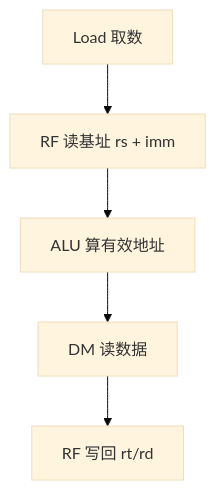
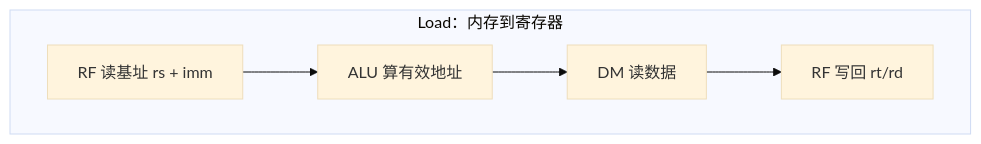
The second of 7 diagrams in guides/计组-课件05-学习指南.md (SummerS-tars/jizu-course-guides), drawn with Mermaid (base theme) before and after one commit. The commit also changed other lines of this file, not shown here.

Commit message:
docs(计组): 修正课件05数据流图子图布局

````diff
--- a/guides/计组-课件05-学习指南.md
+++ b/guides/计组-课件05-学习指南.md
@@ -118,7 +119,8 @@
 ```mermaid
 flowchart TB
-  L0["Load 取数"] --> L1["RF 读基址 rs + imm"]
-  L1 --> ALU2["ALU 算有效地址"]
-  ALU2 --> DM["DM 读数据"]
-  DM --> WB2["RF 写回 rt/rd"]
+  subgraph Load["Load：内存到寄存器"]
+    L1["RF 读基址 rs + imm"] --> ALU2["ALU 算有效地址"]
+    ALU2 --> DM["DM 读数据"]
+    DM --> WB2["RF 写回 rt/rd"]
+  end
 ```
````
